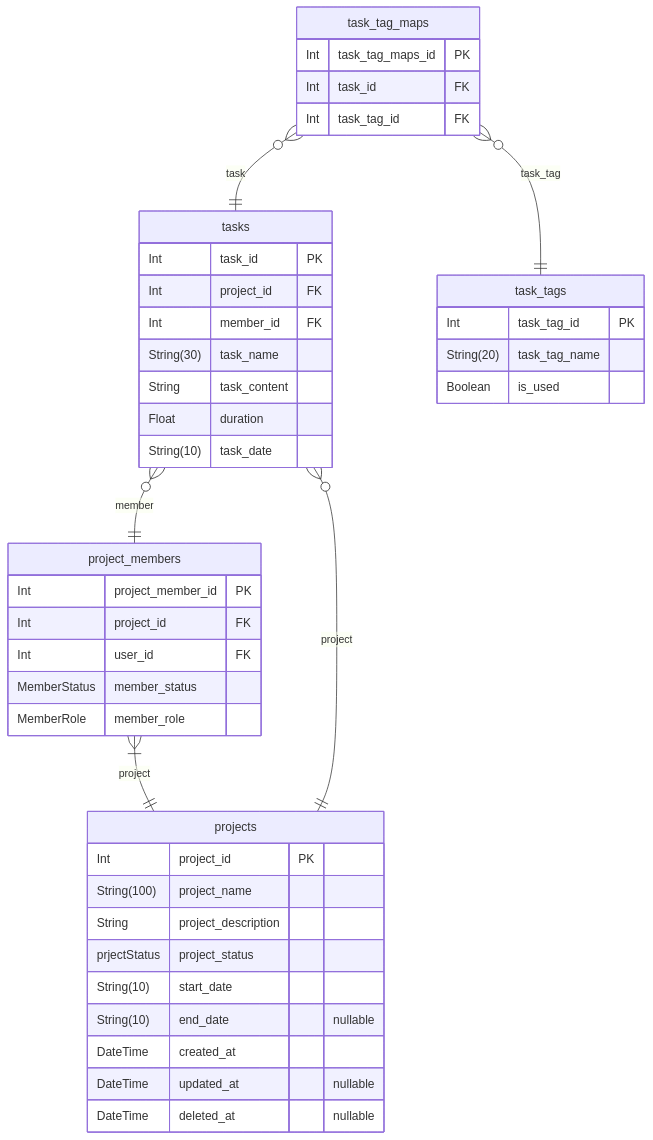
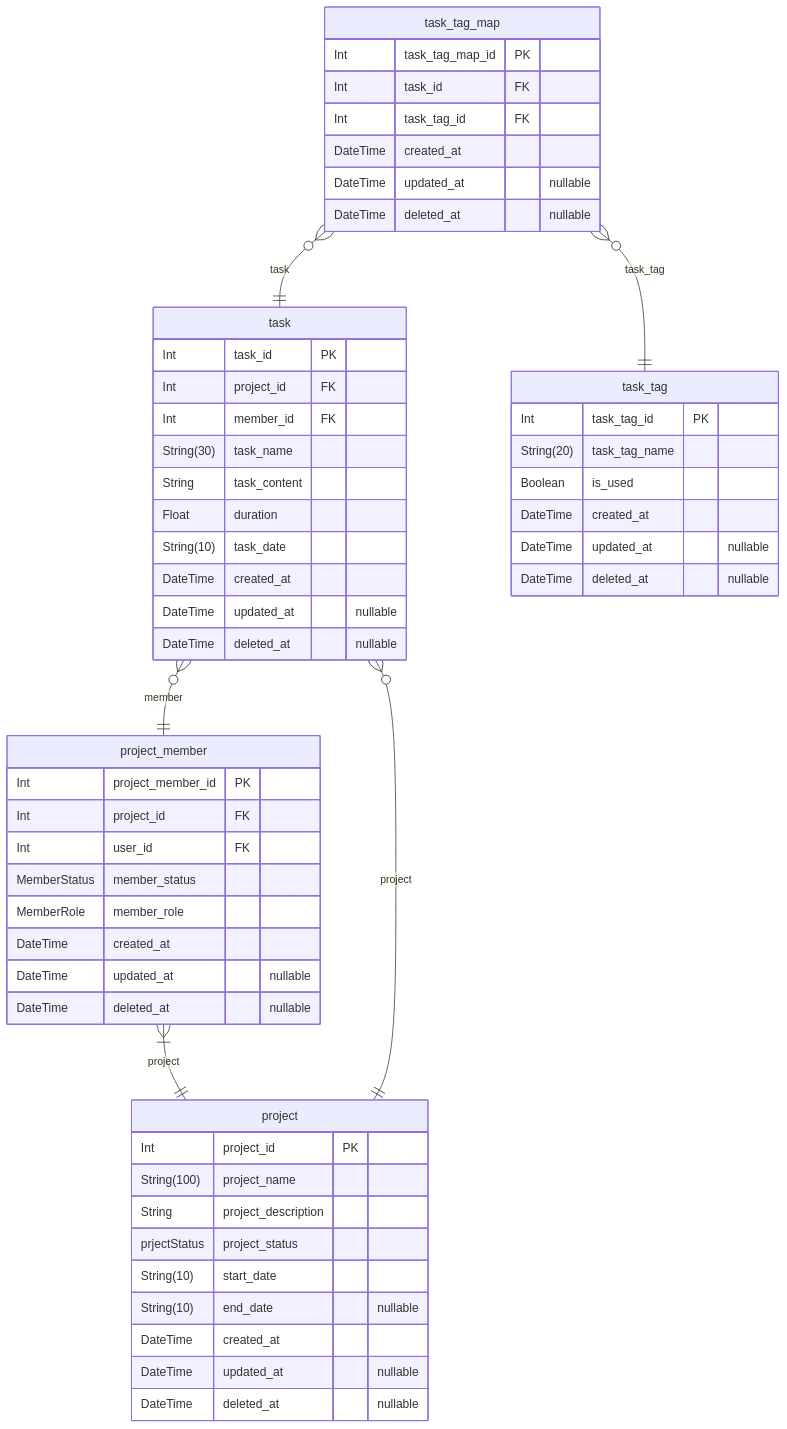
The second of 4 diagrams in prisma/ERD.md (723poil/nestjs-fastify-practice), drawn with Mermaid before and after one commit. The commit also changed other lines of this file and 6 other files, not shown here.

Commit message:
update erd

````diff
--- a/prisma/ERD.md
+++ b/prisma/ERD.md
@@ -54,45 +66,57 @@
 ```mermaid
 erDiagram
-"project_members" {
+"project_member" {
   Int project_member_id PK
   Int project_id FK
   Int user_id FK
   MemberStatus member_status
   MemberRole member_role
+  DateTime created_at
+  DateTime updated_at "nullable"
+  DateTime deleted_at "nullable"
 }
-"projects" {
+"project" {
   Int project_id PK
   String(100) project_name
   String project_description
   prjectStatus project_status
   String(10) start_date
   String(10) end_date "nullable"
   DateTime created_at
   DateTime updated_at "nullable"
   DateTime deleted_at "nullable"
 }
-"tasks" {
+"task" {
   Int task_id PK
   Int project_id FK
   Int member_id FK
   String(30) task_name
   String task_content
   Float duration
   String(10) task_date
+  DateTime created_at
+  DateTime updated_at "nullable"
+  DateTime deleted_at "nullable"
 }
-"task_tags" {
+"task_tag" {
   Int task_tag_id PK
   String(20) task_tag_name
   Boolean is_used
+  DateTime created_at
+  DateTime updated_at "nullable"
+  DateTime deleted_at "nullable"
 }
-"task_tag_maps" {
-  Int task_tag_maps_id PK
+"task_tag_map" {
+  Int task_tag_map_id PK
   Int task_id FK
   Int task_tag_id FK
+  DateTime created_at
+  DateTime updated_at "nullable"
+  DateTime deleted_at "nullable"
 }
-"project_members" }|--|| "projects" : project
-"tasks" }o--|| "projects" : project
-"tasks" }o--|| "project_members" : member
-"task_tag_maps" }o--|| "tasks" : task
-"task_tag_maps" }o--|| "task_tags" : task_tag
+"project_member" }|--|| "project" : project
+"task" }o--|| "project" : project
+"task" }o--|| "project_member" : member
+"task_tag_map" }o--|| "task" : task
+"task_tag_map" }o--|| "task_tag" : task_tag
 ```
````
